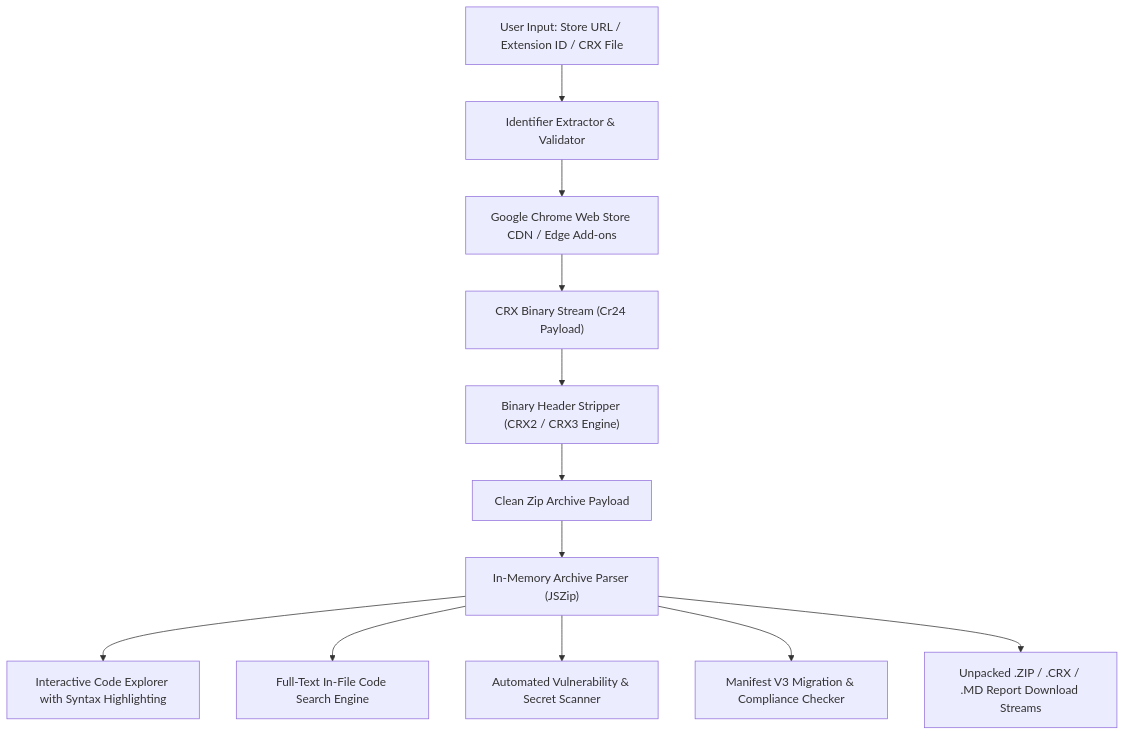
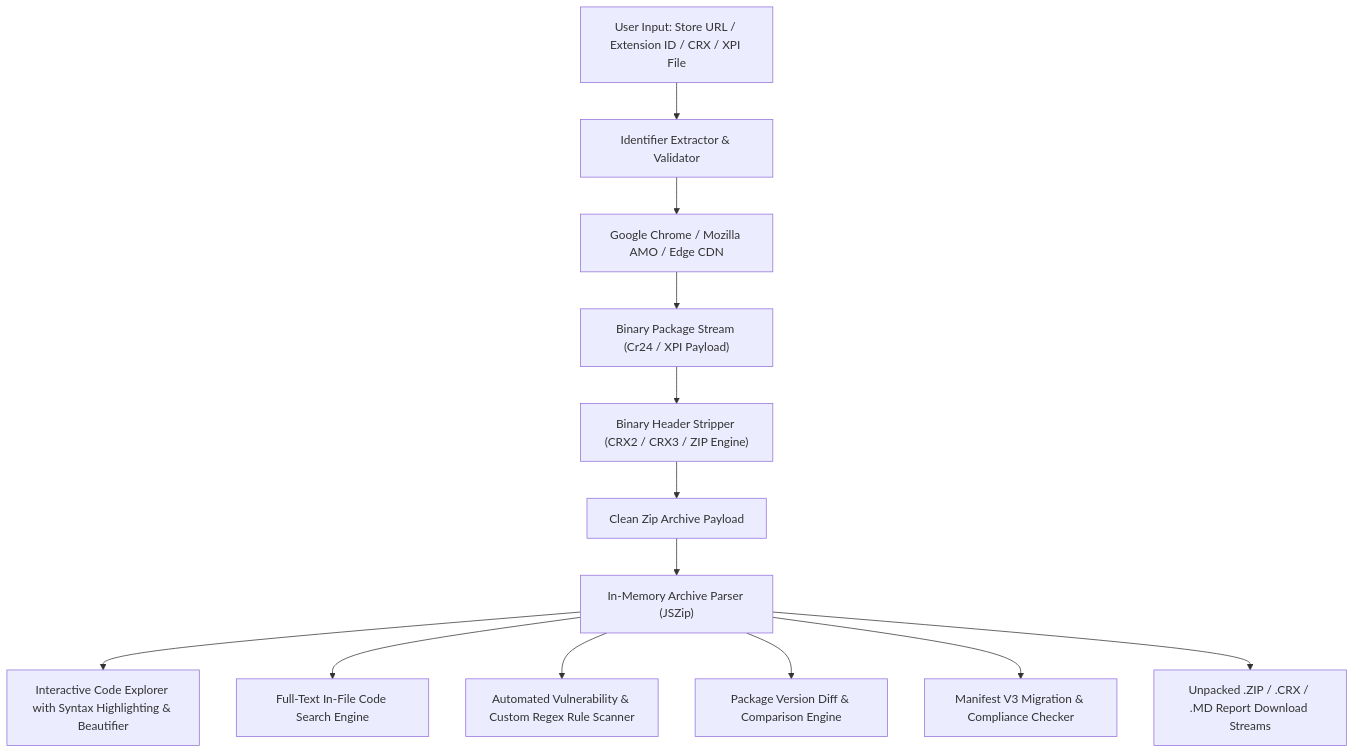
Before and after one commit to jojin1709/crx-extractor: the diagram in README.md, drawn with Mermaid. The commit also changed other lines of this file and 7 other files, not shown here.

Commit message:
feat: add 1-click code beautifier, CRX version diff tool, Firefox XPI support, Command Palette, and custom security scanner

````diff
--- a/README.md
+++ b/README.md
@@ -114,14 +139,15 @@
 ```mermaid
 flowchart TD
-    A["User Input: Store URL / Extension ID / CRX File"] --> B["Identifier Extractor & Validator"]
-    B --> C["Google Chrome Web Store CDN / Edge Add-ons"]
-    C --> D["CRX Binary Stream (Cr24 Payload)"]
-    D --> E["Binary Header Stripper (CRX2 / CRX3 Engine)"]
+    A["User Input: Store URL / Extension ID / CRX / XPI File"] --> B["Identifier Extractor & Validator"]
+    B --> C["Google Chrome / Mozilla AMO / Edge CDN"]
+    C --> D["Binary Package Stream (Cr24 / XPI Payload)"]
+    D --> E["Binary Header Stripper (CRX2 / CRX3 / ZIP Engine)"]
     E --> F["Clean Zip Archive Payload"]
     F --> G["In-Memory Archive Parser (JSZip)"]
-    G --> H1["Interactive Code Explorer with Syntax Highlighting"]
+    G --> H1["Interactive Code Explorer with Syntax Highlighting & Beautifier"]
     G --> H2["Full-Text In-File Code Search Engine"]
-    G --> H3["Automated Vulnerability & Secret Scanner"]
-    G --> H4["Manifest V3 Migration & Compliance Checker"]
-    G --> H5["Unpacked .ZIP / .CRX / .MD Report Download Streams"]
+    G --> H3["Automated Vulnerability & Custom Regex Rule Scanner"]
+    G --> H4["Package Version Diff & Comparison Engine"]
+    G --> H5["Manifest V3 Migration & Compliance Checker"]
+    G --> H6["Unpacked .ZIP / .CRX / .MD Report Download Streams"]
 ```
````
